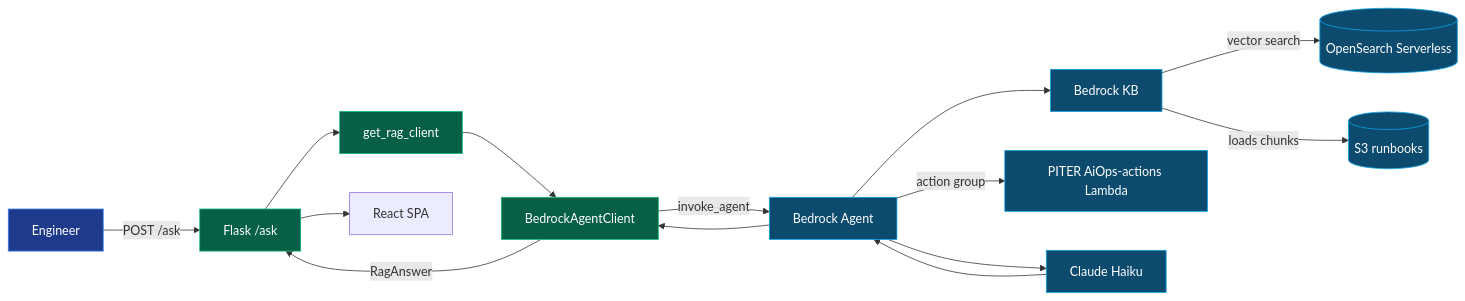
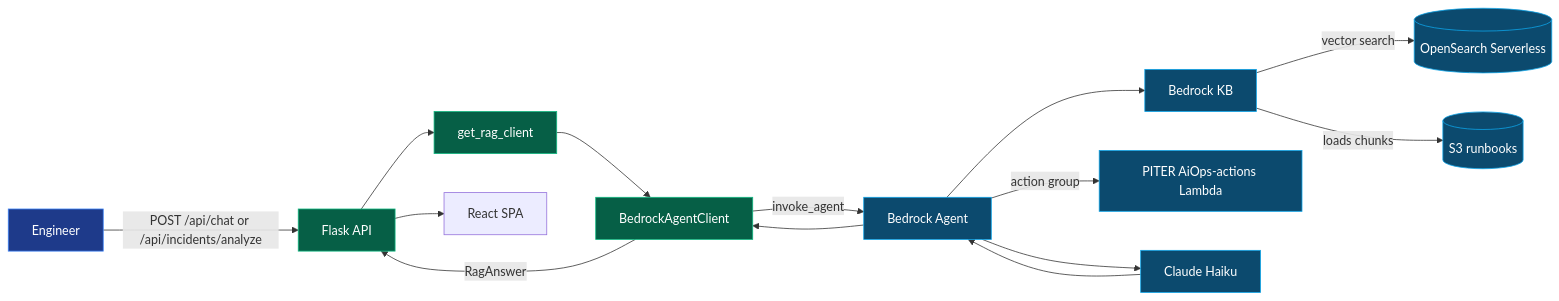
Before and after one commit to reem-mor/ai-engineering-portfolio: the second of 2 diagrams in projects/piter-aiops/docs/architecture.md, drawn with Mermaid. The commit also changed other lines of this file and 52 other files, not shown here.

````diff
--- a/projects/piter-aiops/docs/architecture.md
+++ b/projects/piter-aiops/docs/architecture.md
@@ -50,23 +51,23 @@
 ```mermaid
 flowchart LR
-  user["Engineer"] -->|"POST /ask"| flask["Flask /ask"]
+  user["Engineer"] -->|"POST /api/chat or /api/incidents/analyze"| flask["Flask API"]
   flask --> factory["get_rag_client"]
   factory --> agent["BedrockAgentClient"]
   agent -->|"invoke_agent"| bedrockAgent["Bedrock Agent"]
   bedrockAgent --> kb["Bedrock KB"]
   bedrockAgent -->|"action group"| lambda["PITER AiOps-actions Lambda"]
   kb -->|"vector search"| oss[("OpenSearch Serverless")]
   kb -->|"loads chunks"| s3[("S3 runbooks")]
   bedrockAgent --> llm["Claude Haiku"]
   llm --> bedrockAgent
   bedrockAgent --> agent
   agent -->|"RagAnswer"| flask
   flask --> ui["React SPA"]
 
   classDef aws fill:#0c4a6e,stroke:#0ea5e9,color:#fff
   classDef app fill:#065f46,stroke:#10b981,color:#fff
   classDef user fill:#1e3a8a,stroke:#3b82f6,color:#fff
   class flask,factory,agent app
   class bedrockAgent,kb,oss,s3,llm,lambda aws
   class user user
 ```
````
